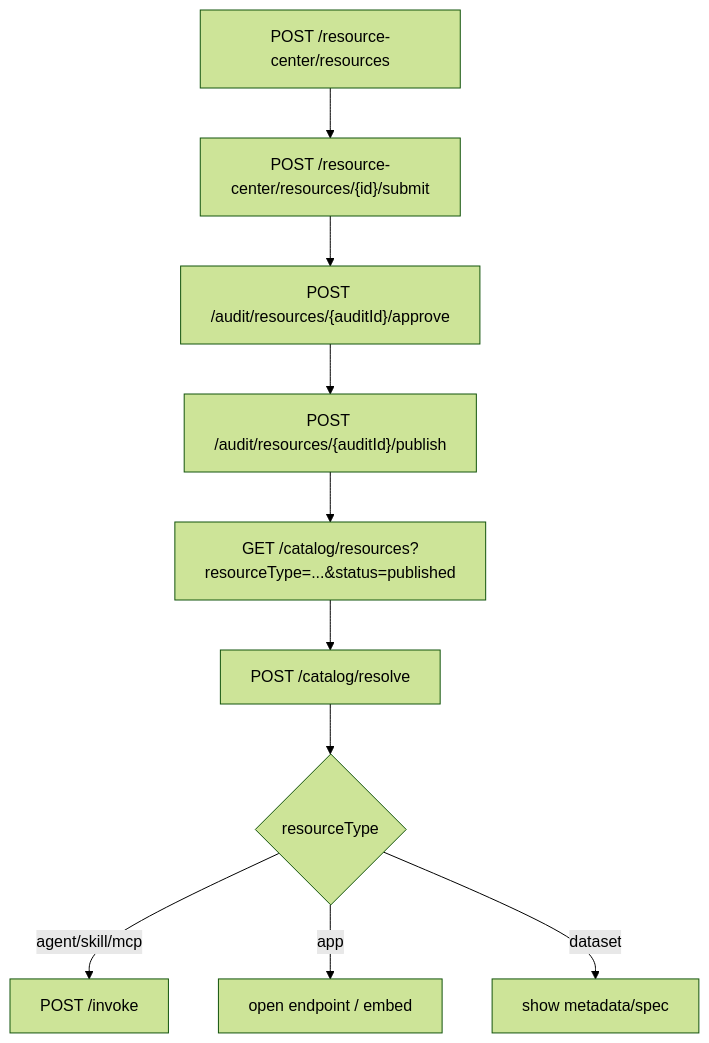
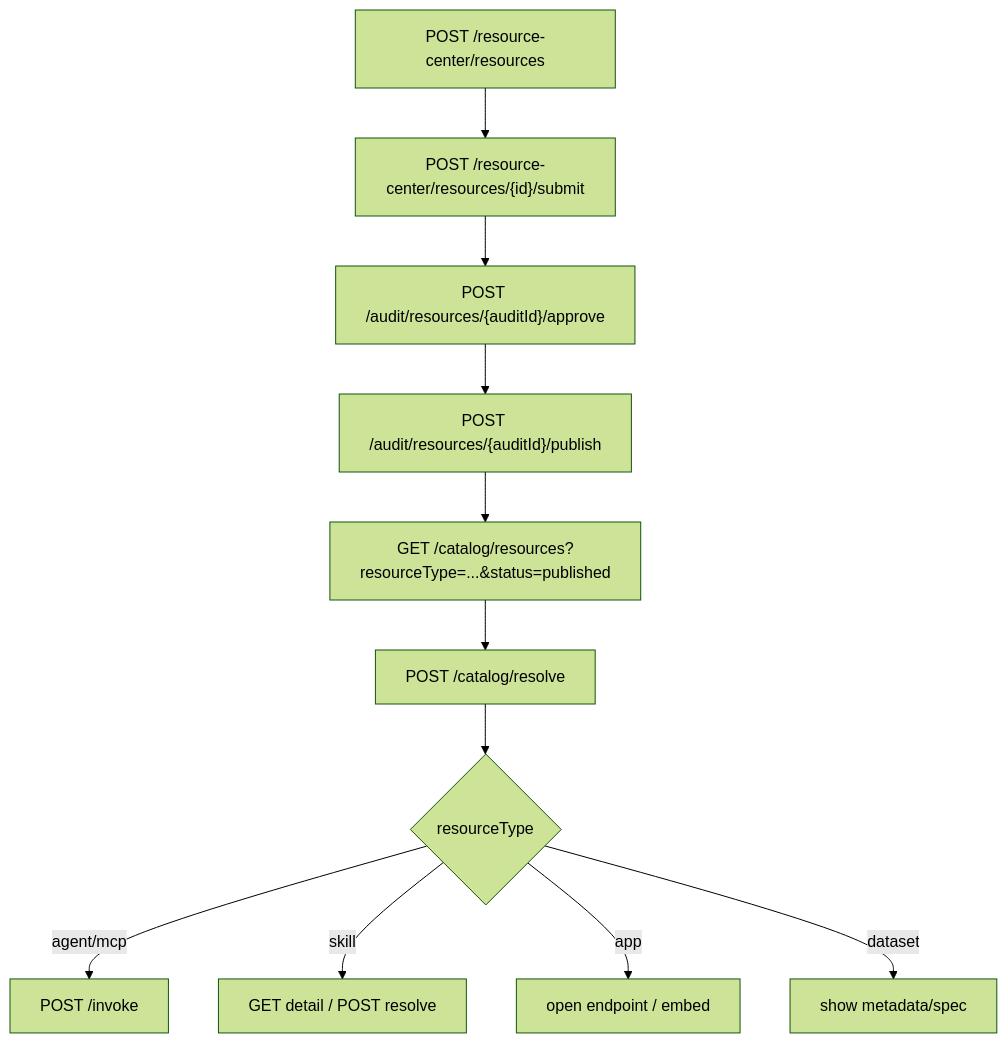
The third of 3 diagrams in docs/resource-registration-authorization-invocation-guide.md (WangDiGua/LantuConnect-Frontend), drawn with Mermaid (forest theme) before and after one commit. The commit also changed other lines of this file and 4 other files, not shown here.

````diff
--- a/docs/resource-registration-authorization-invocation-guide.md
+++ b/docs/resource-registration-authorization-invocation-guide.md
@@ -325,12 +325,13 @@
 ```mermaid
 flowchart TD
     createRes["POST /resource-center/resources"] --> submitAudit["POST /resource-center/resources/{id}/submit"]
     submitAudit --> adminApprove["POST /audit/resources/{auditId}/approve"]
     adminApprove --> adminPublish["POST /audit/resources/{auditId}/publish"]
     adminPublish --> catalogList["GET /catalog/resources?resourceType=...&status=published"]
     catalogList --> resolveRes["POST /catalog/resolve"]
     resolveRes --> useByType{"resourceType"}
-    useByType -->|agent/skill/mcp| invokeCall["POST /invoke"]
+    useByType -->|agent/mcp| invokeCall["POST /invoke"]
+    useByType -->|skill| fetchSkillContext["GET detail / POST resolve"]
     useByType -->|app| openUrl["open endpoint / embed"]
     useByType -->|dataset| showMeta["show metadata/spec"]
 ```
````
